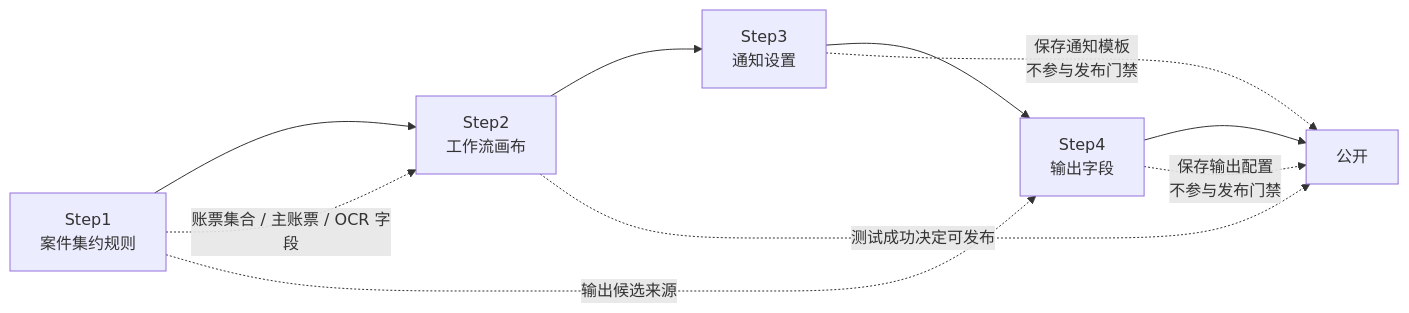
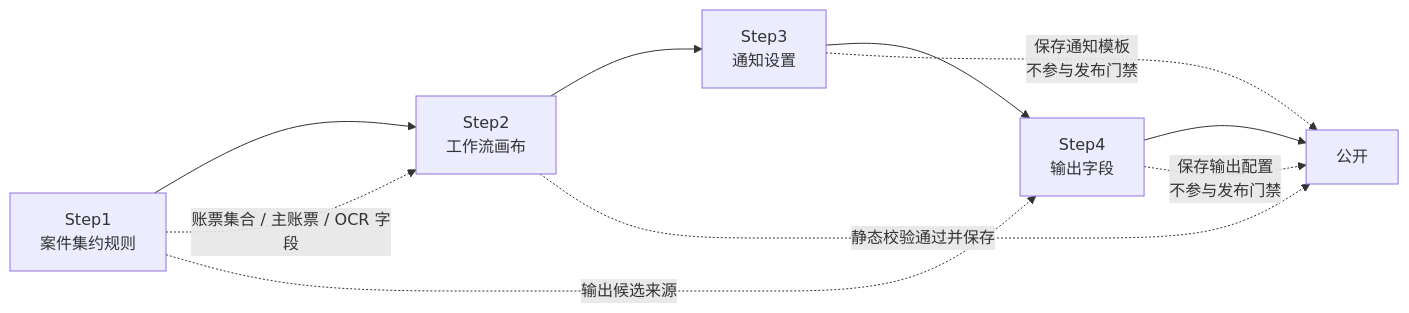
One commit to aruirage/IDP-workflow changed the third of 3 diagrams in prototypes/kisoku-nintei/PRD.zh-CN.md. Above: the diagram before and after it, drawn with Mermaid. The commit also changed other lines of this file and 12 other files, not shown here.

````diff
--- a/prototypes/kisoku-nintei/PRD.zh-CN.md
+++ b/prototypes/kisoku-nintei/PRD.zh-CN.md
@@ -264,12 +259,12 @@
 ```mermaid
 flowchart LR
   step1["Step1\n案件集约规则"] --> step2["Step2\n工作流画布"]
   step2 --> step3["Step3\n通知设置"]
   step3 --> step4["Step4\n输出字段"]
   step4 --> publish["公开"]
   step1 -. "账票集合 / 主账票 / OCR 字段" .-> step2
   step1 -. "输出候选来源" .-> step4
-  step2 -. "测试成功决定可发布" .-> publish
+  step2 -. "静态校验通过并保存" .-> publish
   step3 -. "保存通知模板\n不参与发布门禁" .-> publish
   step4 -. "保存输出配置\n不参与发布门禁" .-> publish
 ```
````
